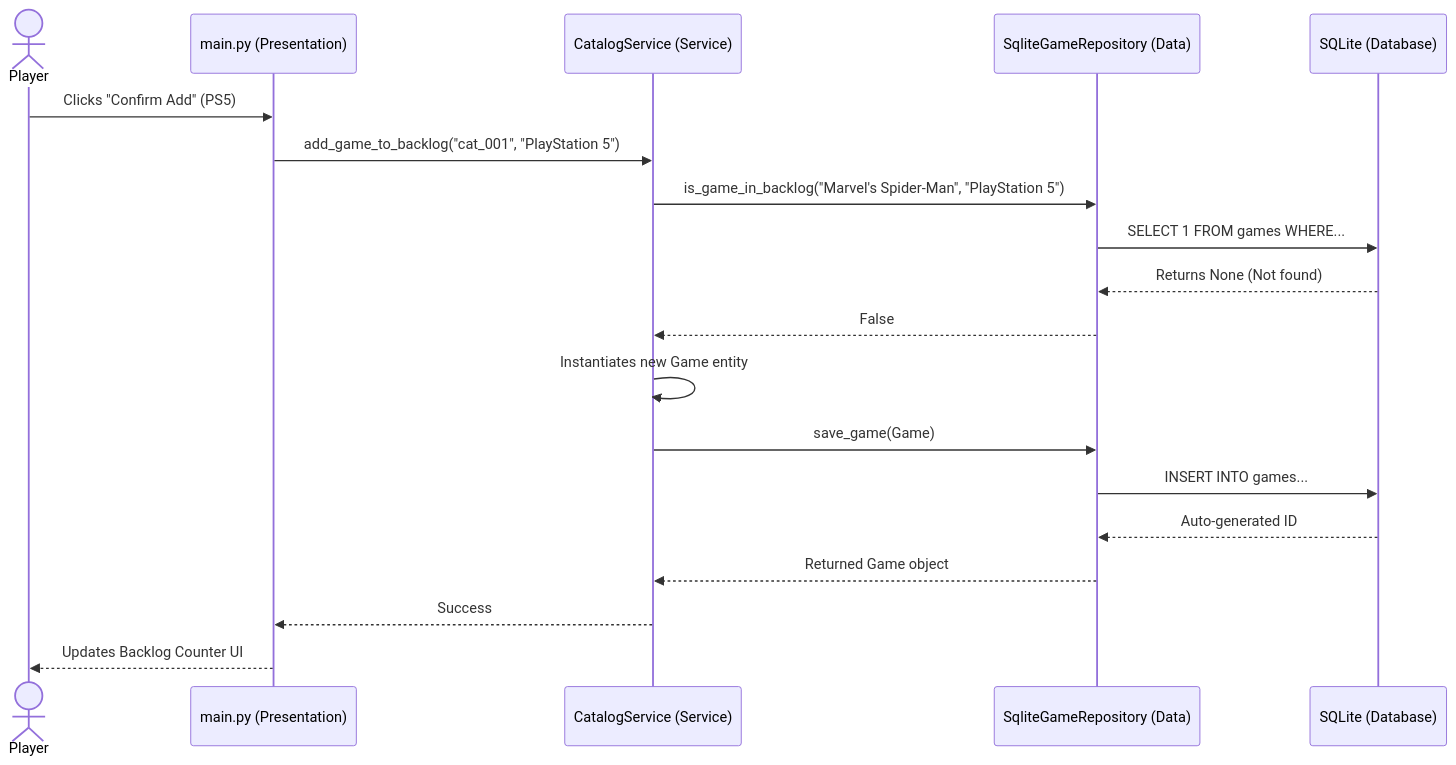
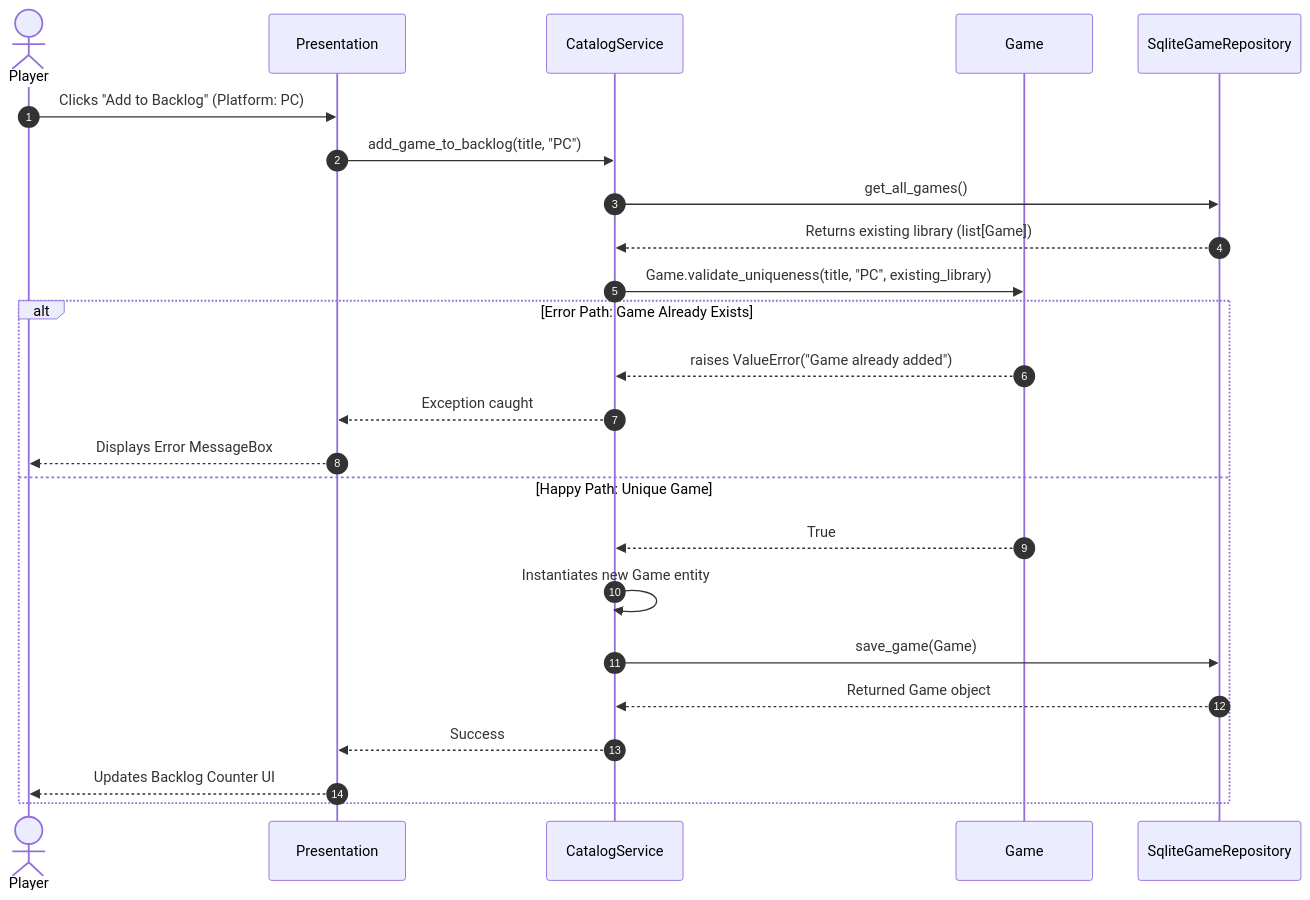
One commit to DavLien/cen5064-project-liendo changed the fifth of 9 diagrams in README.md. Above: the diagram before and after it, drawn with Mermaid. The commit also changed other lines of this file, not shown here.

````diff
--- a/README.md
+++ b/README.md
@@ -123,25 +203,29 @@
 ```mermaid
-%% Sequence diagram: ONE core use case, end to end.
 sequenceDiagram
+    autonumber
     actor Player
-    participant UI as main.py (Presentation)
-    participant Svc as CatalogService (Service)
-    participant Repo as SqliteGameRepository (Data)
-    participant DB as SQLite (Database)
+    participant UI as Presentation
+    participant Svc as CatalogService
+    participant Domain as Game
+    participant Repo as SqliteGameRepository
 
-    Player->>UI: Clicks "Confirm Add" (PS5)
-    UI->>Svc: add_game_to_backlog("cat_001", "PlayStation 5")
-
-    Svc->>Repo: is_game_in_backlog("Marvel's Spider-Man", "PlayStation 5")
-    Repo->>DB: SELECT 1 FROM games WHERE...
-    DB-->>Repo: Returns None (Not found)
-    Repo-->>Svc: False
-
-    Svc->>Svc: Instantiates new Game entity
-    Svc->>Repo: save_game(Game)
-    Repo->>DB: INSERT INTO games...
-    DB-->>Repo: Auto-generated ID
-    Repo-->>Svc: Returned Game object
-    Svc-->>UI: Success
-    UI-->>Player: Updates Backlog Counter UI
+    Player->>UI: Clicks "Add to Backlog" (Platform: PC)
+    UI->>Svc: add_game_to_backlog(title, "PC")
+    Svc->>Repo: get_all_games()
+    Repo-->>Svc: Returns existing library (list[Game])
+    
+    Svc->>Domain: Game.validate_uniqueness(title, "PC", existing_library)
+    
+    alt Error Path: Game Already Exists
+        Domain-->>Svc: raises ValueError("Game already added")
+        Svc-->>UI: Exception caught
+        UI-->>Player: Displays Error MessageBox
+    else Happy Path: Unique Game
+        Domain-->>Svc: True
+        Svc->>Svc: Instantiates new Game entity
+        Svc->>Repo: save_game(Game)
+        Repo-->>Svc: Returned Game object
+        Svc-->>UI: Success
+        UI-->>Player: Updates Backlog Counter UI
+    end
 ```
````
